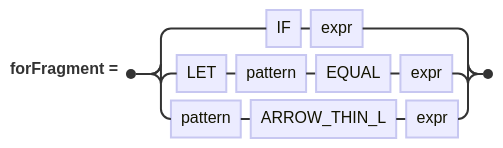
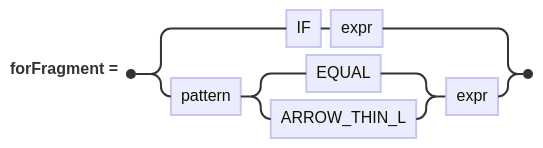
Diagram 15 of 15 in docs/RAILROAD.md (wstein/flix-antlr-grammar), drawn with Mermaid before and after one commit. The commit also changed other lines of this file and 25 other files, not shown here.

````diff
--- a/docs/RAILROAD.md
+++ b/docs/RAILROAD.md
@@ -164,6 +163,5 @@
 ```mermaid
 railroad-ebnf-beta
 forFragment ::= IF expr
-    | LET pattern EQUAL expr
-    | pattern ARROW_THIN_L expr ;
+    | pattern ( EQUAL | ARROW_THIN_L ) expr ;
 ```
````
